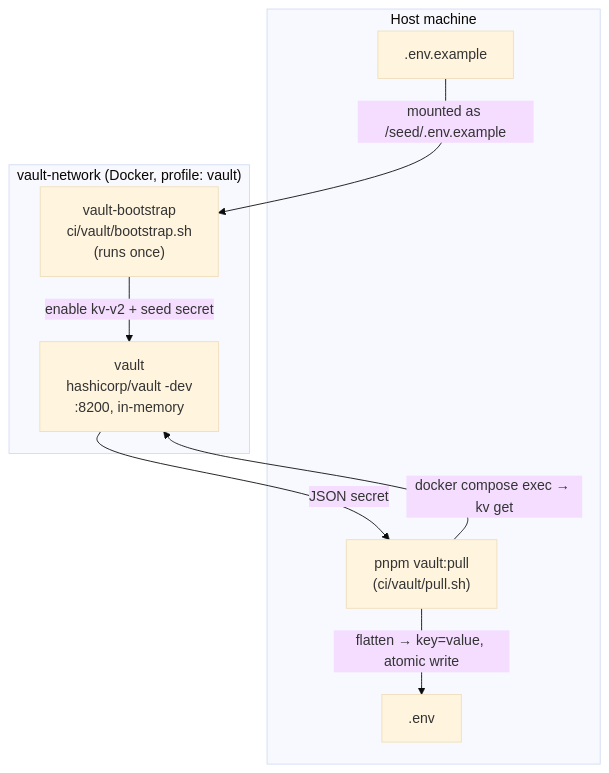
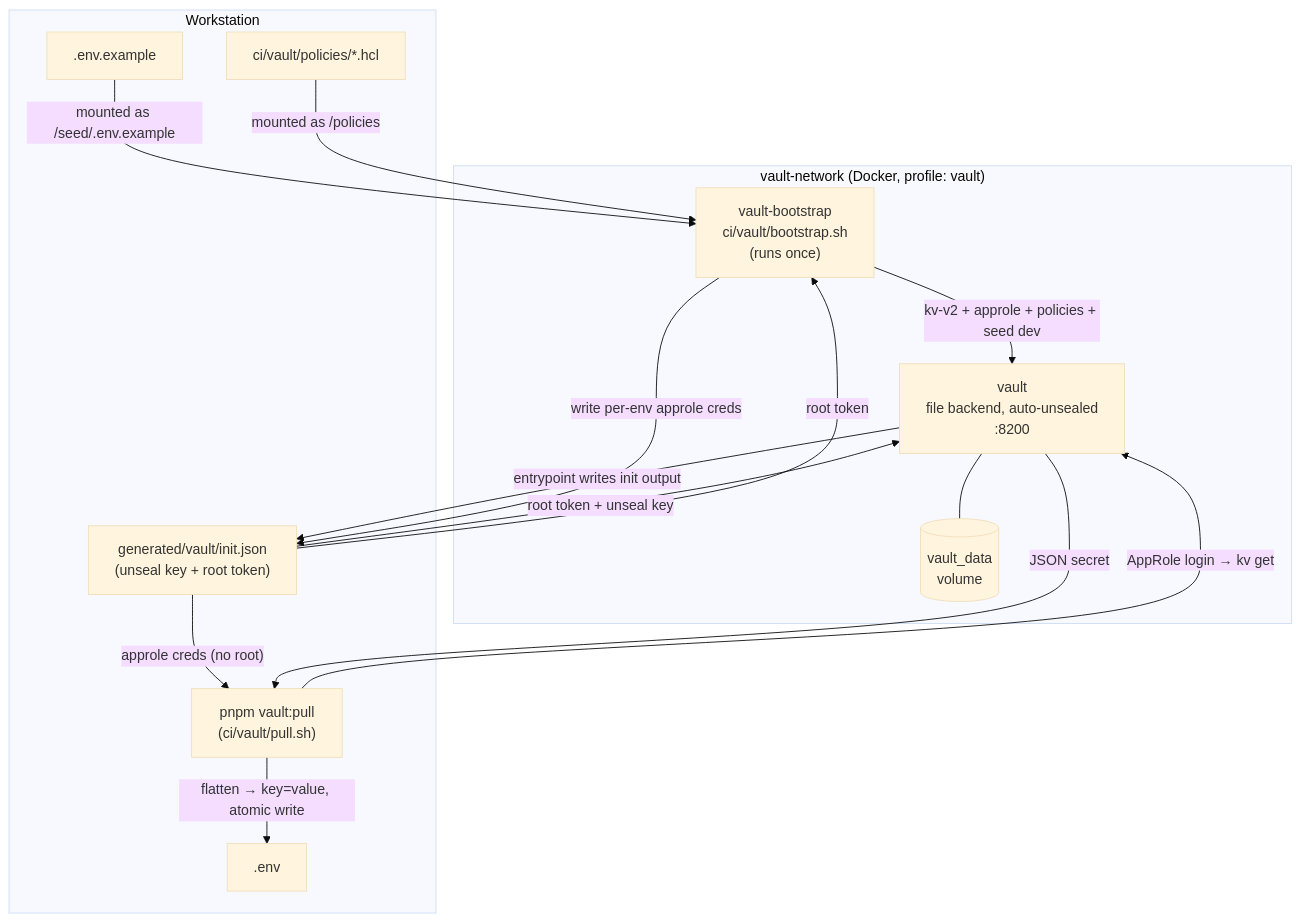
Before and after one commit to andrechristikan/ack-nestjs-boilerplate: the first of 3 diagrams in docs/vault.md, drawn with Mermaid (base theme). The commit also changed other lines of this file and 12 other files, not shown here.

Commit message:
feat: vault persistent and implement policy each env

````diff
--- a/docs/vault.md
+++ b/docs/vault.md
@@ -83,19 +91,29 @@
 ```mermaid
 flowchart TB
-    subgraph host["Host machine"]
+    subgraph host["Workstation"]
         ENV[".env"]
         SEED[".env.example"]
+        POL["ci/vault/policies/*.hcl"]
+        INIT["generated/vault/init.json<br/>(unseal key + root token)"]
         PULL["pnpm vault:pull<br/>(ci/vault/pull.sh)"]
     end
 
     subgraph net["vault-network (Docker, profile: vault)"]
-        VAULT["vault<br/>hashicorp/vault -dev<br/>:8200, in-memory"]
+        VAULT["vault<br/>file backend, auto-unsealed<br/>:8200"]
         BOOT["vault-bootstrap<br/>ci/vault/bootstrap.sh<br/>(runs once)"]
+        DATA[("vault_data<br/>volume")]
     end
 
+    VAULT --- DATA
+    VAULT -->|"entrypoint writes init output"| INIT
+    INIT -->|"root token + unseal key"| VAULT
     SEED -->|"mounted as /seed/.env.example"| BOOT
-    BOOT -->|"enable kv-v2 + seed secret"| VAULT
-    PULL -->|"docker compose exec → kv get"| VAULT
+    POL -->|"mounted as /policies"| BOOT
+    INIT -->|"root token"| BOOT
+    BOOT -->|"kv-v2 + approle + policies + seed dev"| VAULT
+    BOOT -->|"write per-env approle creds"| INIT
+    INIT -->|"approle creds (no root)"| PULL
+    PULL -->|"AppRole login → kv get"| VAULT
     VAULT -->|"JSON secret"| PULL
     PULL -->|"flatten → key=value, atomic write"| ENV
 ```
````
